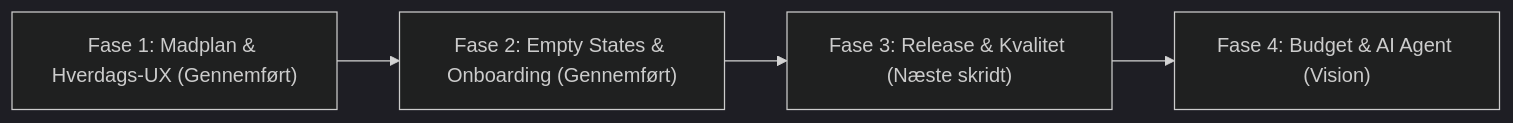
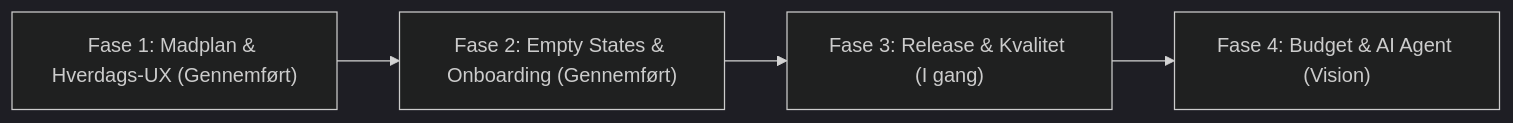
Before and after one commit to Zpolonius/Skafferiet: the diagram in ROADMAP.md, drawn with Mermaid (dark theme). The commit also changed other lines of this file and 3 other files, not shown here.

First line of the commit message:
docs: opdater roadmap, checkliste og CLAUDE.md efter Fase 3-fremdrift

````diff
--- a/ROADMAP.md
+++ b/ROADMAP.md
@@ -9,6 +9,6 @@
 ```mermaid
 flowchart LR
     Fase1["Fase 1: Madplan & Hverdags-UX (Gennemført)"] --> Fase2["Fase 2: Empty States & Onboarding (Gennemført)"]
-    Fase2 --> Fase3["Fase 3: Release & Kvalitet (Næste skridt)"]
+    Fase2 --> Fase3["Fase 3: Release & Kvalitet (I gang)"]
     Fase3 --> Fase4["Fase 4: Budget & AI Agent (Vision)"]
 ```
````
